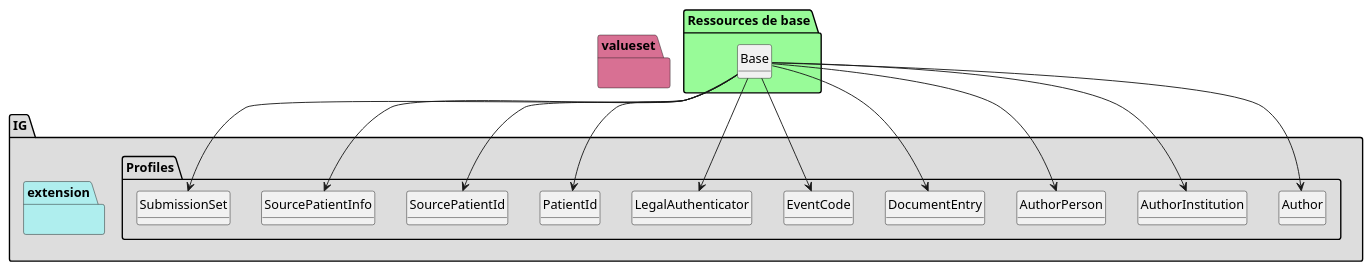
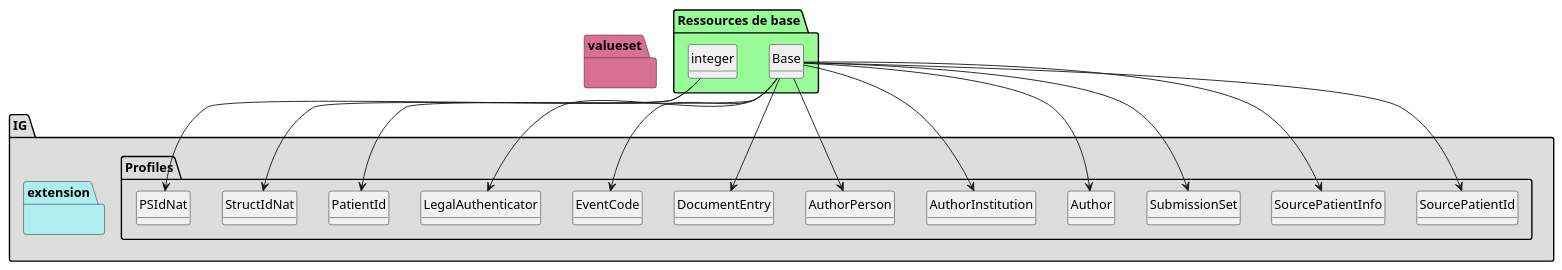
One commit to ansforge/IG-FHIR-PDSM4DMP-EEDS changed the diagram in add-info-dmp/plantuml/graph.puml. Above: the diagram before and after it, drawn with PlantUML. The commit also changed 250 other files, not shown here.

```diff
--- a/add-info-dmp/plantuml/graph.puml
+++ b/add-info-dmp/plantuml/graph.puml
@@ -92,6 +92,10 @@
              LegalAuthenticator.13 => [1..1]
         } 
 
+        class PSIdNat{
+
+        } 
+
         class PatientId{
 
              PatientId => [None..None]
@@ -123,6 +127,10 @@
              SourcePatientInfo.PID.16 => [0..1]
              SourcePatientInfo.PID.18 => [0..1]
              SourcePatientInfo.PID.21 => [0..1]
+        } 
+
+        class StructIdNat{
+
         } 
 
         class SubmissionSet{
@@ -177,6 +185,10 @@
 
     class095a1b43effec73955e31e790438de49 --> LegalAuthenticator
 
+ class "integer" as  class157db7df530023575515d366c9b672e8 
+
+    class157db7df530023575515d366c9b672e8 --> PSIdNat
+
  class "Base" as  class095a1b43effec73955e31e790438de49 
 
     class095a1b43effec73955e31e790438de49 --> PatientId
@@ -189,6 +201,10 @@
 
     class095a1b43effec73955e31e790438de49 --> SourcePatientInfo
 
+ class "integer" as  class157db7df530023575515d366c9b672e8 
+
+    class157db7df530023575515d366c9b672e8 --> StructIdNat
+
  class "Base" as  class095a1b43effec73955e31e790438de49 
 
     class095a1b43effec73955e31e790438de49 --> SubmissionSet
```
